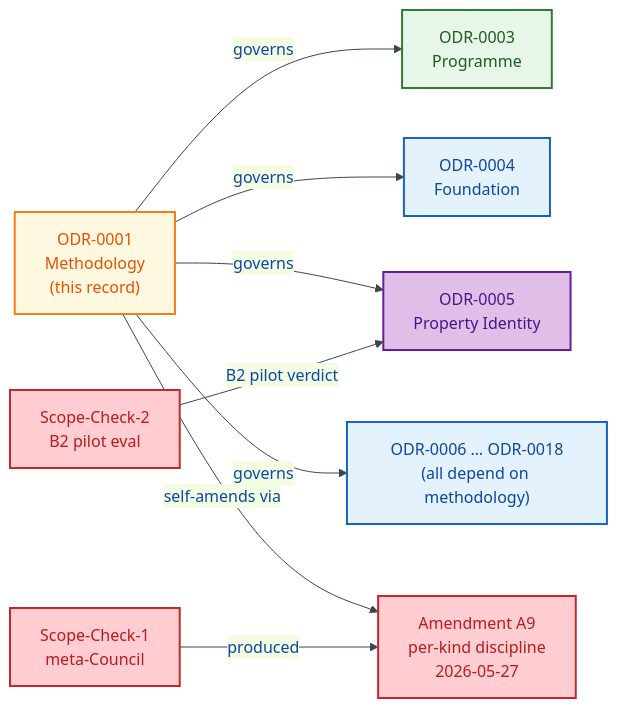
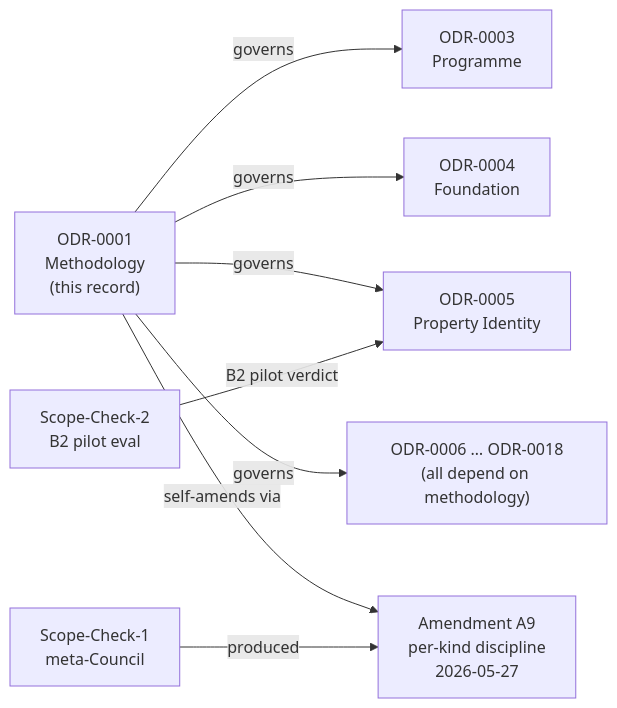
The fourth of 4 diagrams in docs/ontology/odr/ODR-0001-linked-data-council-methodology.md (sparkling/opda), drawn with Mermaid before and after one commit. The commit also changed other lines of this file and 25 other files, not shown here.

````diff
--- a/docs/ontology/odr/ODR-0001-linked-data-council-methodology.md
+++ b/docs/ontology/odr/ODR-0001-linked-data-council-methodology.md
@@ -589,30 +574,24 @@
 ```mermaid
-%%{init: {"theme": "base", "themeVariables": {"primaryColor": "#E3F2FD", "primaryTextColor": "#0D47A1", "primaryBorderColor": "#1565C0", "lineColor": "#37474F"}}}%%
 flowchart LR
     accTitle: ODR-0001 Supersession and Dependency Graph
     accDescr: Shows ODR-0001 as the methodology foundation that all other ODRs depend on, and the self-amendment mechanism
 
-    classDef methodology fill:#FFF8E1,stroke:#F57F17,stroke-width:2px,color:#E65100
-    classDef pattern fill:#E1BEE7,stroke:#6A1B9A,stroke-width:2px,color:#4A148C
-    classDef architecture fill:#E3F2FD,stroke:#1565C0,stroke-width:2px,color:#0D47A1
-    classDef programme fill:#E8F5E9,stroke:#2E7D32,stroke-width:2px,color:#1B5E20
-    classDef amendment fill:#FFCDD2,stroke:#C62828,stroke-width:2px,color:#B71C1C
 
-    ODR0001["ODR-0001<br/>Methodology<br/>(this record)"]:::methodology
-    ODR0003["ODR-0003<br/>Programme"]:::programme
-    ODR0004["ODR-0004<br/>Foundation"]:::architecture
-    ODR0005["ODR-0005<br/>Property Identity"]:::pattern
-    OTHERS["ODR-0006 … ODR-0018<br/>(all depend on methodology)"]:::architecture
+    ODR0001["ODR-0001<br/>Methodology<br/>(this record)"]:::data
+    ODR0003["ODR-0003<br/>Programme"]:::service
+    ODR0004["ODR-0004<br/>Foundation"]:::infra
+    ODR0005["ODR-0005<br/>Property Identity"]:::user
+    OTHERS["ODR-0006 … ODR-0018<br/>(all depend on methodology)"]:::infra
 
-    A9["Amendment A9<br/>per-kind discipline<br/>2026-05-27"]:::amendment
-    SC1["Scope-Check-1<br/>meta-Council"]:::amendment
-    SC2["Scope-Check-2<br/>B2 pilot eval"]:::amendment
+    A9["Amendment A9<br/>per-kind discipline<br/>2026-05-27"]:::error
+    SC1["Scope-Check-1<br/>meta-Council"]:::error
+    SC2["Scope-Check-2<br/>B2 pilot eval"]:::error
 
     ODR0001 -->|"governs"| ODR0003
     ODR0001 -->|"governs"| ODR0004
     ODR0001 -->|"governs"| ODR0005
     ODR0001 -->|"governs"| OTHERS
     ODR0001 -->|"self-amends via"| A9
     SC1 -->|"produced"| A9
     SC2 -->|"B2 pilot verdict"| ODR0005
 ```
````
